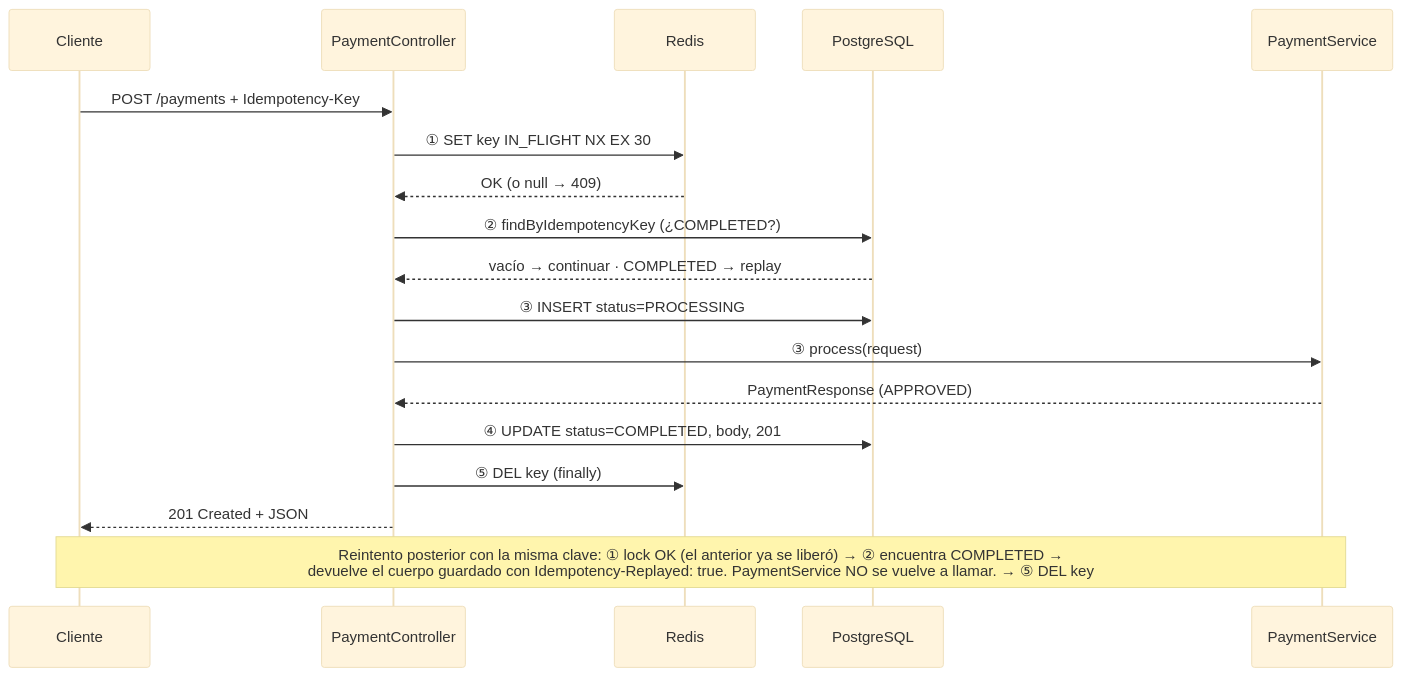
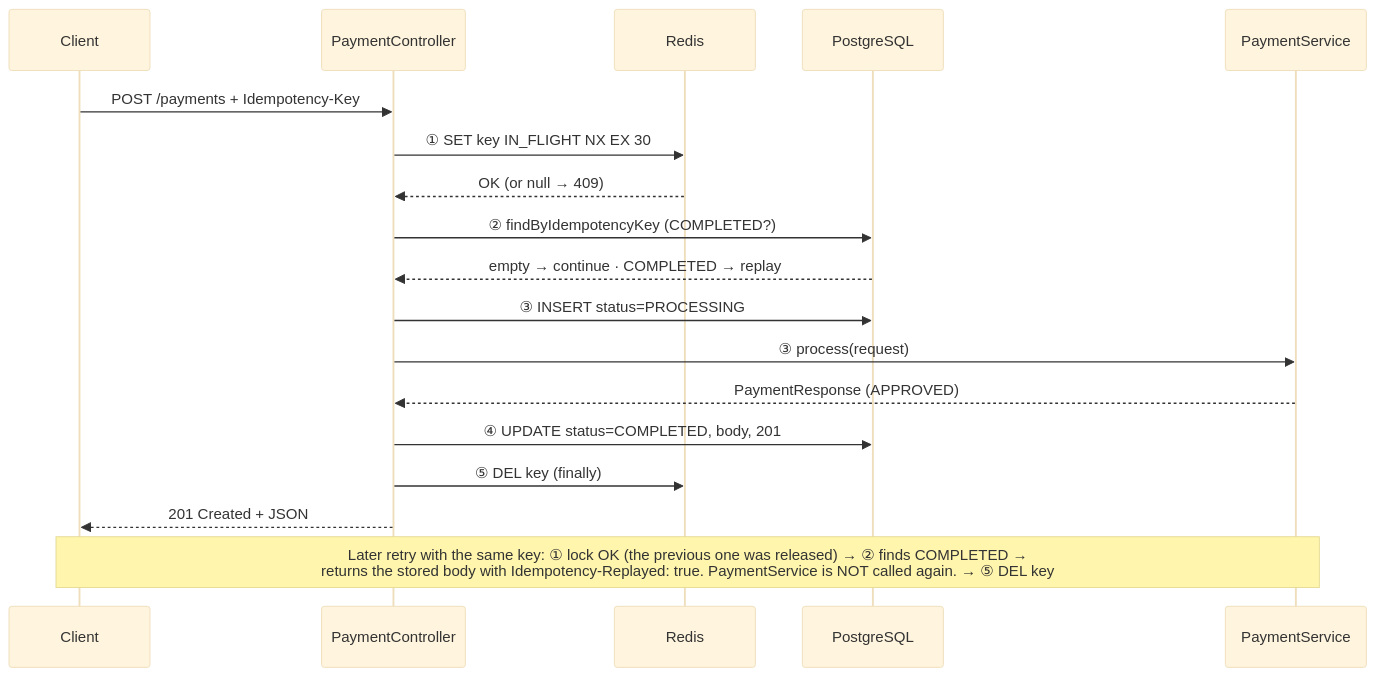
Before and after one commit to gialnet/idempotency-demo: the first of 2 diagrams in README.md, drawn with Mermaid (base theme). The commit also changed other lines of this file and 2 other files, not shown here.

````diff
--- a/README.md
+++ b/README.md
@@ -51,22 +51,22 @@
 ```mermaid
 sequenceDiagram
-    participant C as Cliente
+    participant C as Client
     participant PC as PaymentController
     participant R as Redis
     participant PG as PostgreSQL
     participant PS as PaymentService
 
     C->>PC: POST /payments + Idempotency-Key
     PC->>R: ① SET key IN_FLIGHT NX EX 30
-    R-->>PC: OK (o null → 409)
-    PC->>PG: ② findByIdempotencyKey (¿COMPLETED?)
-    PG-->>PC: vacío → continuar · COMPLETED → replay
+    R-->>PC: OK (or null → 409)
+    PC->>PG: ② findByIdempotencyKey (COMPLETED?)
+    PG-->>PC: empty → continue · COMPLETED → replay
     PC->>PG: ③ INSERT status=PROCESSING
     PC->>PS: ③ process(request)
     PS-->>PC: PaymentResponse (APPROVED)
     PC->>PG: ④ UPDATE status=COMPLETED, body, 201
     PC->>R: ⑤ DEL key (finally)
     PC-->>C: 201 Created + JSON
 
-    Note over C,PS: Reintento posterior con la misma clave: ① lock OK (el anterior ya se liberó) → ② encuentra COMPLETED →<br/>devuelve el cuerpo guardado con Idempotency-Replayed: true. PaymentService NO se vuelve a llamar. → ⑤ DEL key
+    Note over C,PS: Later retry with the same key: ① lock OK (the previous one was released) → ② finds COMPLETED →<br/>returns the stored body with Idempotency-Replayed: true. PaymentService is NOT called again. → ⑤ DEL key
 ```
````
